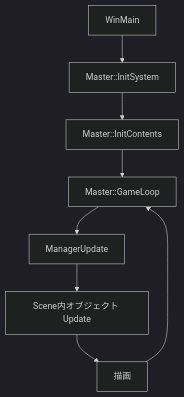
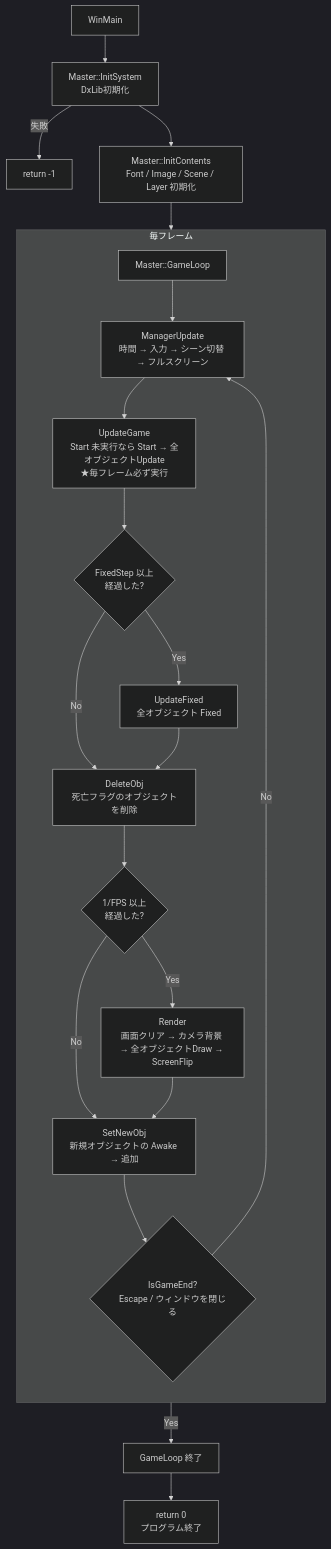
The diagram in README.md (marumari025/2DEngine), drawn with Mermaid (dark theme) before and after one commit. The commit also changed other lines of this file, not shown here.

````diff
--- a/README.md
+++ b/README.md
@@ -104,10 +111,26 @@
 ```mermaid
 flowchart TD
-    A[WinMain] --> B[Master::InitSystem]
-    B --> C[Master::InitContents]
+    A[WinMain] --> B[Master::InitSystem<br/>DxLib初期化]
+    B -->|失敗| X[return -1]
+    B --> C[Master::InitContents<br/>Font / Image / Scene / Layer 初期化]
     C --> D[Master::GameLoop]
-    D --> E[ManagerUpdate]
-    E --> F[Scene内オブジェクト Update]
-    F --> G[描画]
-    G --> D
+
+    subgraph LOOP [毎フレーム]
+      direction TB
+      E[ManagerUpdate<br/>時間 → 入力 → シーン切替 → フルスクリーン]--> F[UpdateGame<br/>Start 未実行なら Start → 全オブジェクトUpdate<br/>★毎フレーム必ず実行]
+      F --> G{FixedStep 以上<br/>経過した?}
+      G -->|Yes| H[UpdateFixed<br/>全オブジェクト Fixed]
+      G -->|No| I
+      H --> I[DeleteObj<br/>死亡フラグのオブジェクトを削除]
+      I --> J{1/FPS 以上<br/>経過した?}
+      J -->|Yes| K[Render<br/>画面クリア → カメラ背景 → 全オブジェクトDraw → ScreenFlip]
+      J -->|No| L
+      K --> L[SetNewObj<br/>新規オブジェクトの Awake → 追加]
+      D --> E
+      L --> M{IsGameEnd?<br/>Escape / ウィンドウを閉じる}
+    end
+
+    M -->|No| E
+    M -->|Yes| N[GameLoop 終了]
+    N --> O[return 0<br/>プログラム終了]
 ```
````
